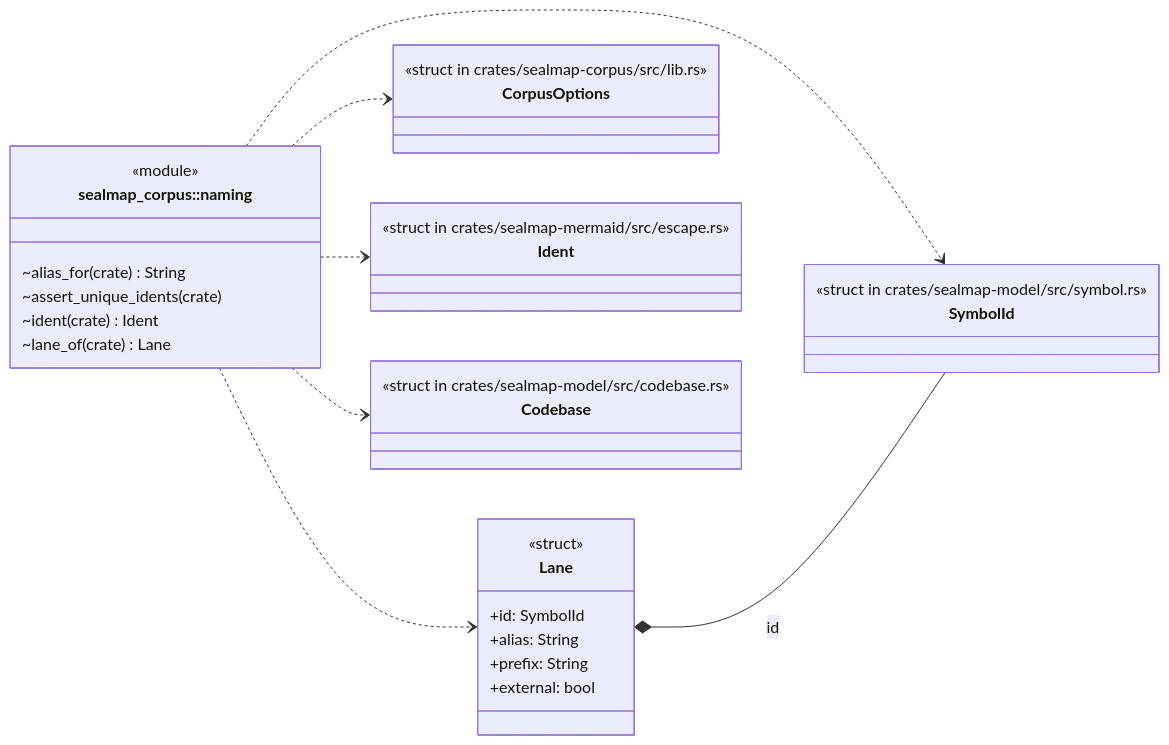
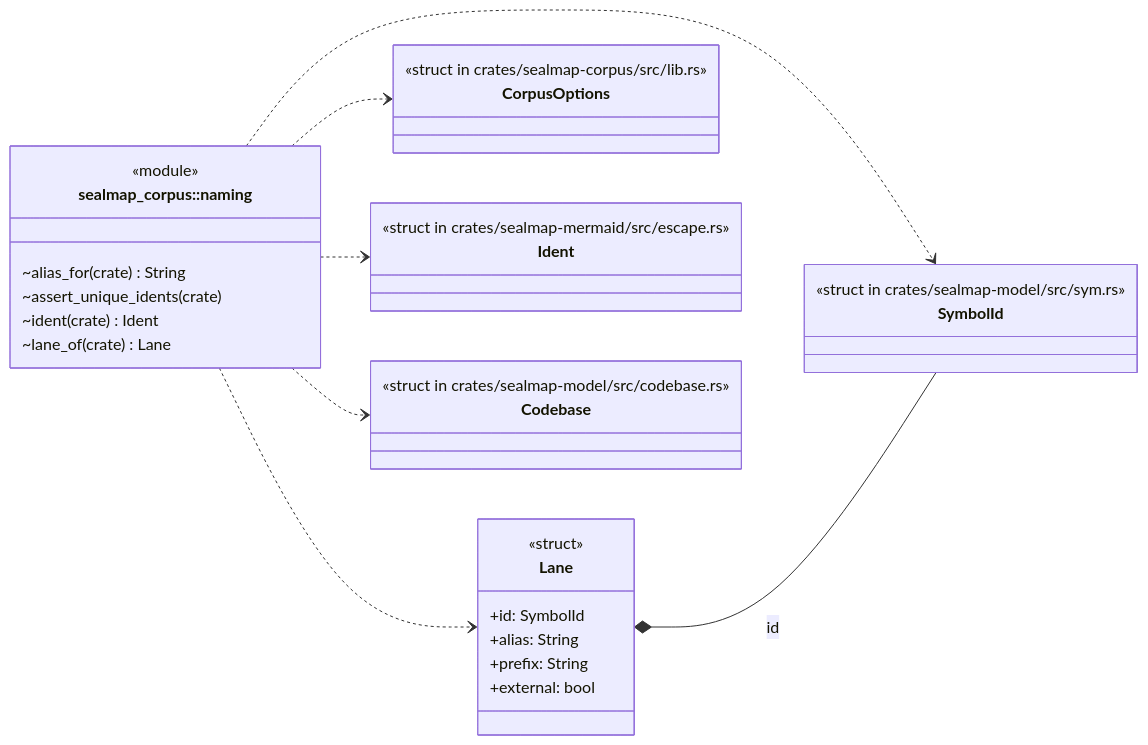
One commit to DreamLab-AI/codemaid changed the first of 5 diagrams in docs/sealmap/crates/sealmap-corpus/src/naming.rs.md. Above: the diagram before and after it, drawn with Mermaid. The commit also changed other lines of this file and 45 other files, not shown here.

First line of the commit message:
docs: regenerate the self-corpus for sym: ids and schema v2

````diff
--- a/docs/sealmap/crates/sealmap-corpus/src/naming.rs.md
+++ b/docs/sealmap/crates/sealmap-corpus/src/naming.rs.md
@@ -14,36 +14,36 @@
 ```mermaid
 classDiagram
   direction LR
-  class sealmap_corpus__naming__Lane["Lane"] {
+  class sealmap_corpus__naming___tLane["Lane"] {
     <<struct>>
     +id: SymbolId
     +alias: String
     +prefix: String
     +external: bool
   }
   class sealmap_corpus__naming["sealmap_corpus::naming"] {
     <<module>>
     ~alias_for(crate) String
     ~assert_unique_idents(crate)
     ~ident(crate) Ident
     ~lane_of(crate) Lane
   }
-  class sealmap_corpus__CorpusOptions["CorpusOptions"] {
+  class sealmap_corpus___tCorpusOptions["CorpusOptions"] {
     <<struct in crates/sealmap-corpus/src/lib.rs>>
   }
-  class sealmap_mermaid__escape__Ident["Ident"] {
+  class sealmap_mermaid__escape___tIdent["Ident"] {
     <<struct in crates/sealmap-mermaid/src/escape.rs>>
   }
-  class sealmap_model__codebase__Codebase["Codebase"] {
+  class sealmap_model__codebase___tCodebase["Codebase"] {
     <<struct in crates/sealmap-model/src/codebase.rs>>
   }
-  class sealmap_model__symbol__SymbolId["SymbolId"] {
-    <<struct in crates/sealmap-model/src/symbol.rs>>
+  class sealmap_model__sym___tSymbolId["SymbolId"] {
+    <<struct in crates/sealmap-model/src/sym.rs>>
   }
-  sealmap_corpus__naming ..> sealmap_corpus__CorpusOptions
-  sealmap_corpus__naming ..> sealmap_corpus__naming__Lane
-  sealmap_corpus__naming ..> sealmap_mermaid__escape__Ident
-  sealmap_corpus__naming ..> sealmap_model__codebase__Codebase
-  sealmap_corpus__naming ..> sealmap_model__symbol__SymbolId
-  sealmap_corpus__naming__Lane *-- sealmap_model__symbol__SymbolId : id
+  sealmap_corpus__naming ..> sealmap_corpus___tCorpusOptions
+  sealmap_corpus__naming ..> sealmap_corpus__naming___tLane
+  sealmap_corpus__naming ..> sealmap_mermaid__escape___tIdent
+  sealmap_corpus__naming ..> sealmap_model__codebase___tCodebase
+  sealmap_corpus__naming ..> sealmap_model__sym___tSymbolId
+  sealmap_corpus__naming___tLane *-- sealmap_model__sym___tSymbolId : id
 ```
````
